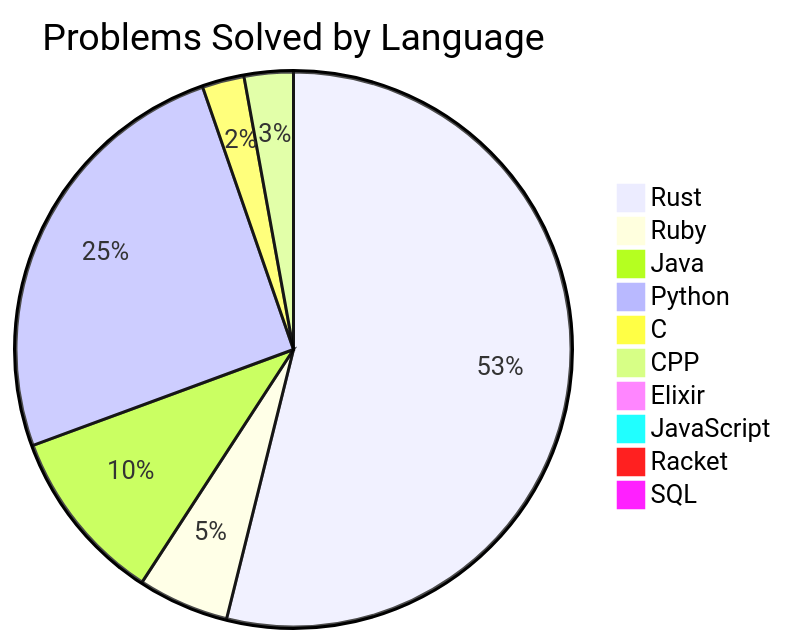
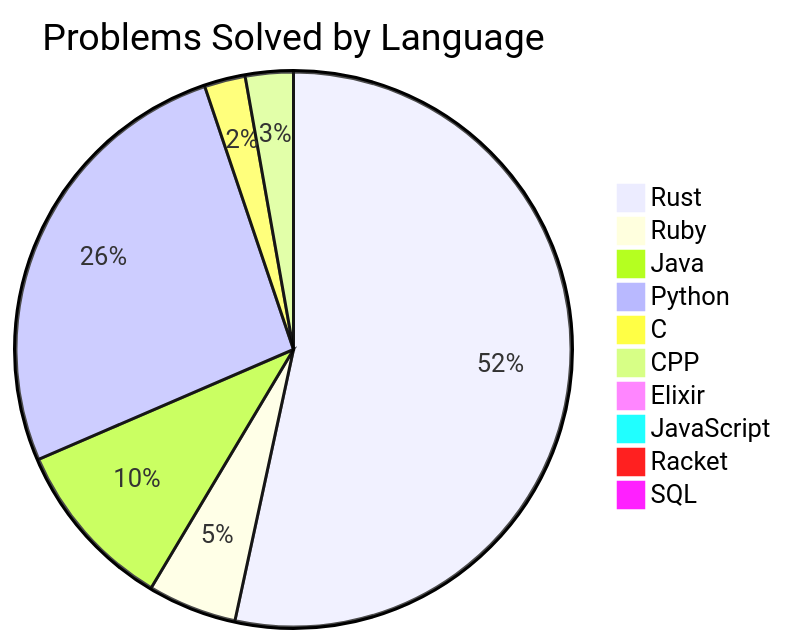
The diagram in README.md (Liam-Wirth/leetcode-solutions), drawn with Mermaid before and after one commit. The commit also changed other lines of this file and 16 other files, not shown here.

````diff
--- a/README.md
+++ b/README.md
@@ -29,13 +29,13 @@
 ```mermaid
 pie title Problems Solved by Language
-    "Rust": 132
+    "Rust": 134
     "Ruby": 13
     "Java": 25
-    "Python": 62
+    "Python": 66
     "C": 6
     "CPP": 7
     "Elixir": 1
     "JavaScript": 2
     "Racket": 1
     "SQL": 2
 ```
````
